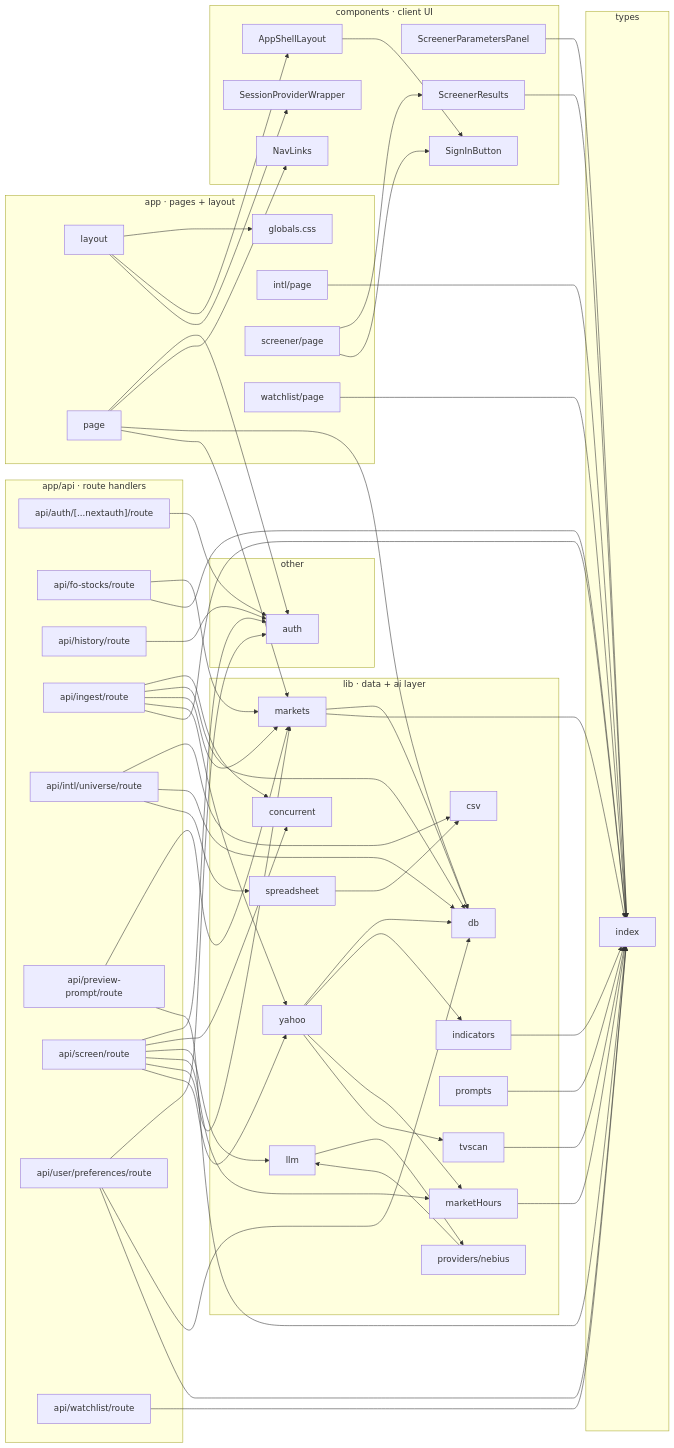
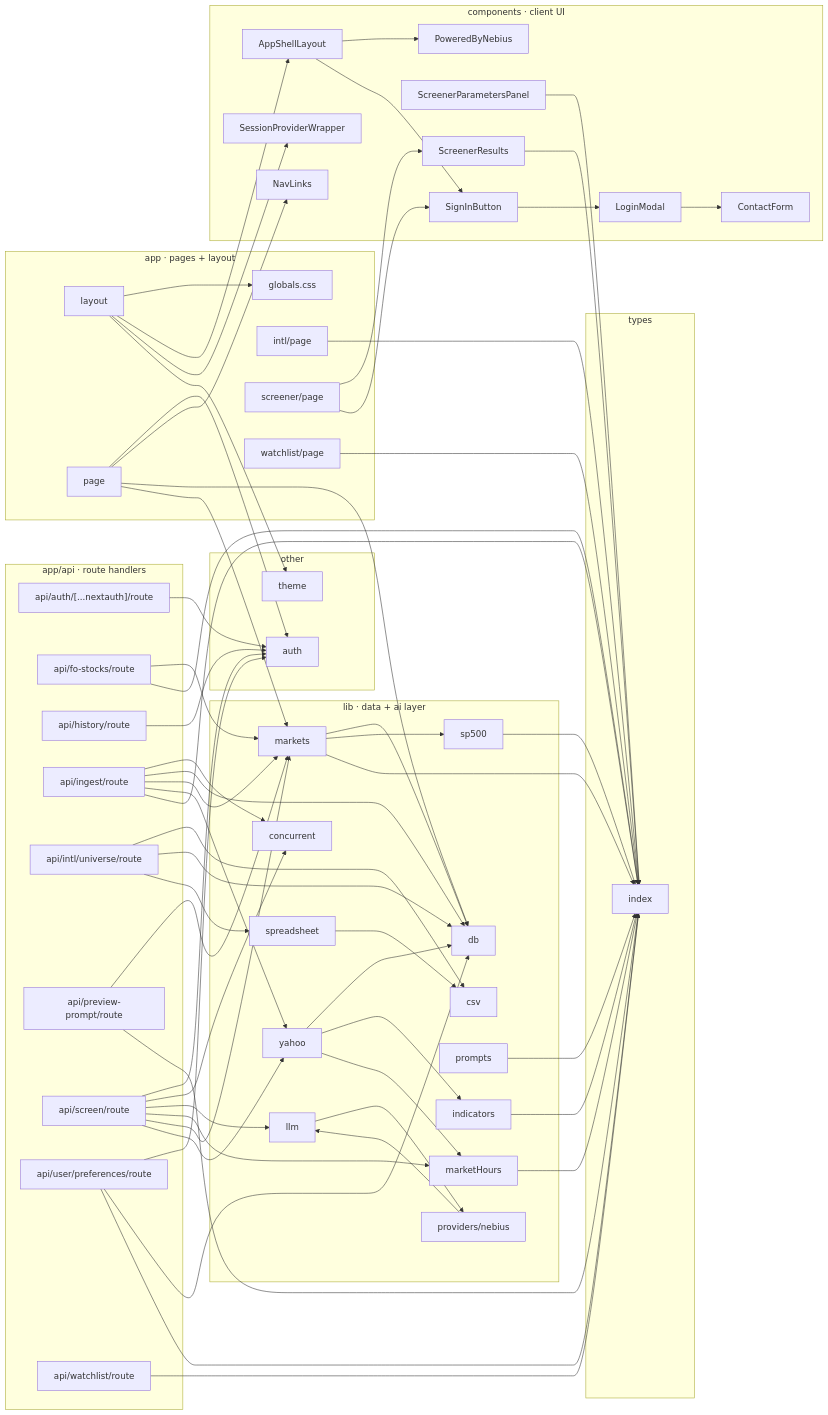
One commit to bijoyr/mobius-screen changed the diagram in docs/CODE_GRAPH.md. Above: the diagram before and after it, drawn with Mermaid. The commit also changed other lines of this file and 24 other files, not shown here.

````diff
--- a/docs/CODE_GRAPH.md
+++ b/docs/CODE_GRAPH.md
@@ -22,6 +22,7 @@
   end
   subgraph other["other"]
     auth["auth"]
+    theme["theme"]
   end
   subgraph lib["lib · data + ai layer"]
     lib_concurrent["concurrent"]
@@ -33,8 +34,8 @@
     lib_markets["markets"]
     lib_prompts["prompts"]
     lib_providers_nebius["providers/nebius"]
+    lib_sp500["sp500"]
     lib_spreadsheet["spreadsheet"]
-    lib_tvscan["tvscan"]
     lib_yahoo["yahoo"]
   end
   subgraph types["types"]
@@ -50,7 +51,10 @@
   end
   subgraph components["components · client UI"]
     components_AppShellLayout["AppShellLayout"]
+    components_ContactForm["ContactForm"]
+    components_LoginModal["LoginModal"]
     components_NavLinks["NavLinks"]
+    components_PoweredByNebius["PoweredByNebius"]
     components_ScreenerParametersPanel["ScreenerParametersPanel"]
     components_ScreenerResults["ScreenerResults"]
     components_SessionProviderWrapper["SessionProviderWrapper"]
@@ -84,6 +88,7 @@
   app_layout --> app_globals_css
   app_layout --> components_AppShellLayout
   app_layout --> components_SessionProviderWrapper
+  app_layout --> theme
   app_page --> auth
   app_page --> components_NavLinks
   app_page --> lib_db
@@ -91,20 +96,23 @@
   app_screener_page --> components_ScreenerResults
   app_screener_page --> components_SignInButton
   app_watchlist_page --> types_index
+  components_AppShellLayout --> components_PoweredByNebius
   components_AppShellLayout --> components_SignInButton
+  components_LoginModal --> components_ContactForm
   components_ScreenerParametersPanel --> types_index
   components_ScreenerResults --> types_index
+  components_SignInButton --> components_LoginModal
   lib_indicators --> types_index
   lib_llm --> lib_providers_nebius
   lib_marketHours --> types_index
   lib_markets --> lib_db
+  lib_markets --> lib_sp500
   lib_markets --> types_index
   lib_prompts --> types_index
   lib_providers_nebius --> lib_llm
+  lib_sp500 --> types_index
   lib_spreadsheet --> lib_csv
-  lib_tvscan --> types_index
   lib_yahoo --> lib_db
   lib_yahoo --> lib_indicators
   lib_yahoo --> lib_marketHours
-  lib_yahoo --> lib_tvscan
 ```
````
